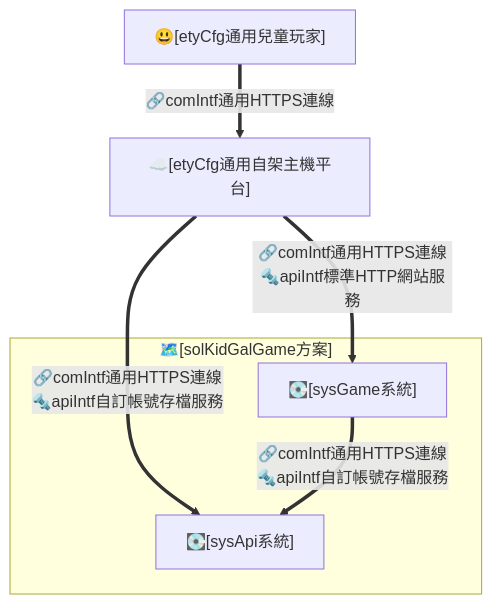
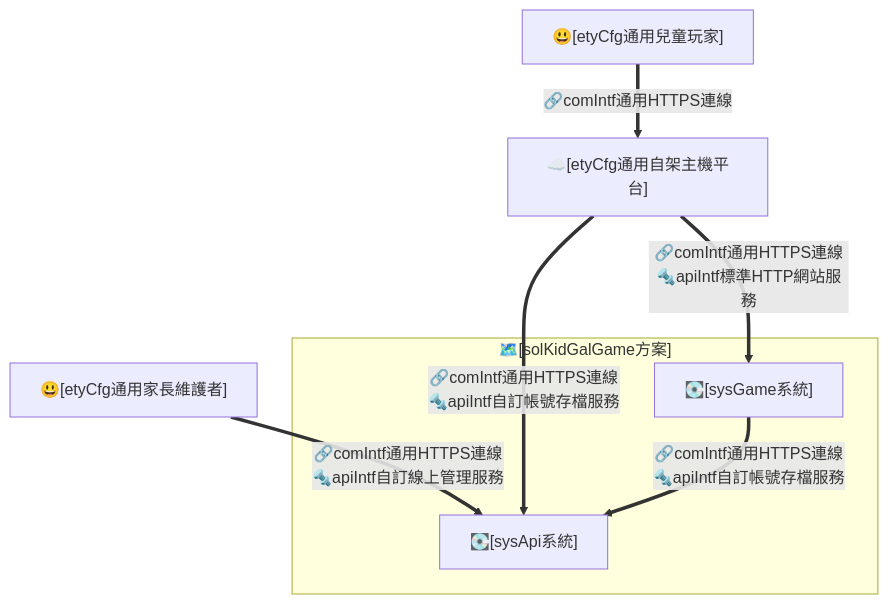
Before and after one commit to twStellerWhale-Ocean2/solKidGalGame1: the first of 11 diagrams in docs/design.md, drawn with Mermaid. The commit also changed other lines of this file and 46 other files, not shown here.

````diff
--- a/docs/design.md
+++ b/docs/design.md
@@ -49,16 +51,18 @@
 ```mermaid
 flowchart TB
 
 USR["😃[etyCfg通用兒童玩家]"]
+ADM["😃[etyCfg通用家長維護者]"]
 HOST["☁️[etyCfg通用自架主機平台]"]
 
 subgraph SOL["🗺️[solKidGalGame方案]"]
   SYS["💽[sysGame系統]"]
   API["💽[sysApi系統]"]
 end
 
 USR ==>|"🔗comIntf通用HTTPS連線"| HOST
+ADM ==>|"🔗comIntf通用HTTPS連線<br/>🔩apiIntf自訂線上管理服務"| API
 HOST ==>|"🔗comIntf通用HTTPS連線<br/>🔩apiIntf標準HTTP網站服務"| SYS
 HOST ==>|"🔗comIntf通用HTTPS連線<br/>🔩apiIntf自訂帳號存檔服務"| API
 SYS ==>|"🔗comIntf通用HTTPS連線<br/>🔩apiIntf自訂帳號存檔服務"| API
 ```
````
